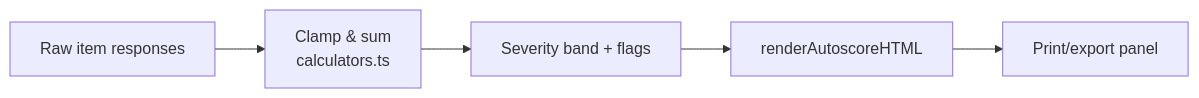
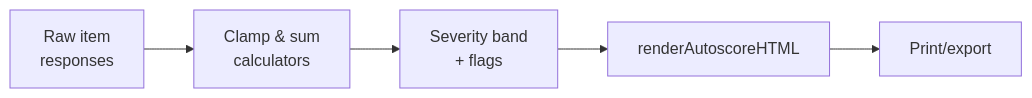
One commit to mustafaras/Synapse_IDE_PSYCHIATRY changed the tenth of 16 diagrams in README.md. Above: the diagram before and after it, drawn with Mermaid. The commit also changed other lines of this file, not shown here.

````diff
--- a/README.md
+++ b/README.md
@@ -778,7 +784,7 @@
 ```mermaid
 flowchart LR
-  A[Raw item responses] --> B[Clamp & sum\ncalculators.ts]
-  B --> C[Severity band + flags]
-  C --> D[renderAutoscoreHTML]
-  D --> E[Print/export panel]
+  A["Raw item<br/>responses"] --> B["Clamp & sum<br/>calculators"]
+  B --> C["Severity band<br/>+ flags"]
+  C --> D["renderAutoscoreHTML"]
+  D --> E["Print/export"]
 ```
````
